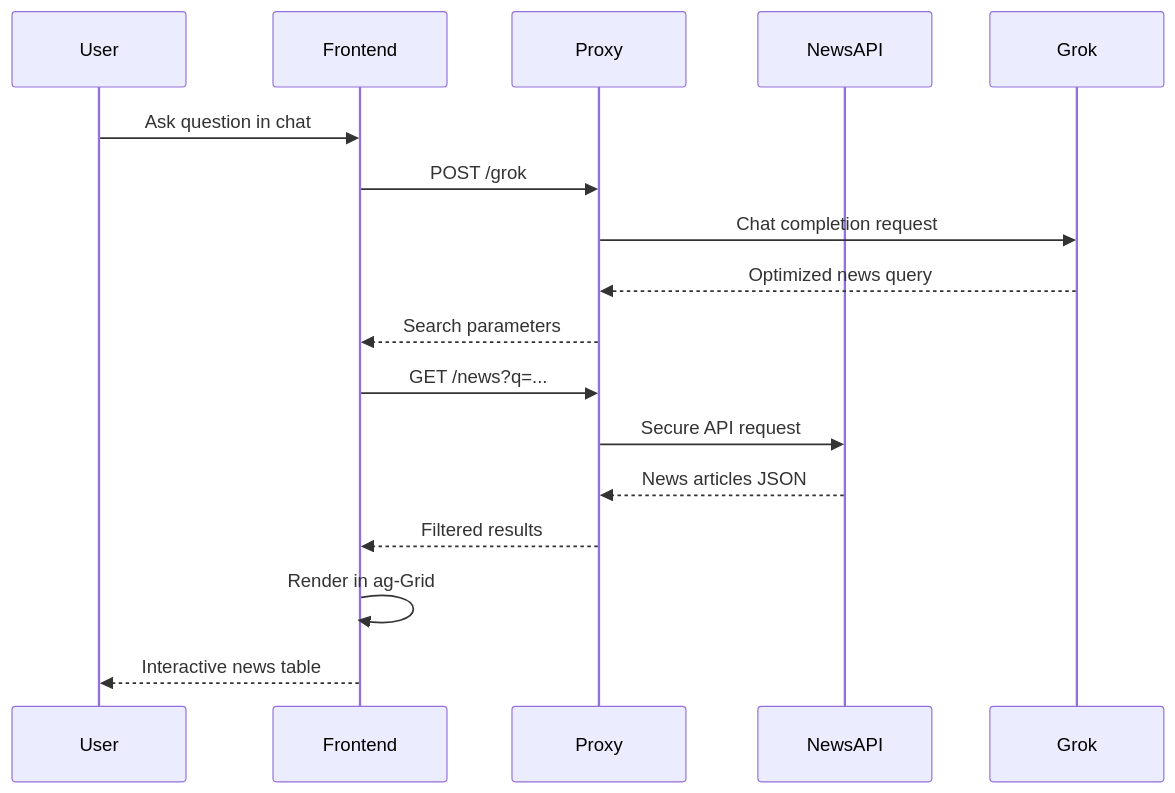
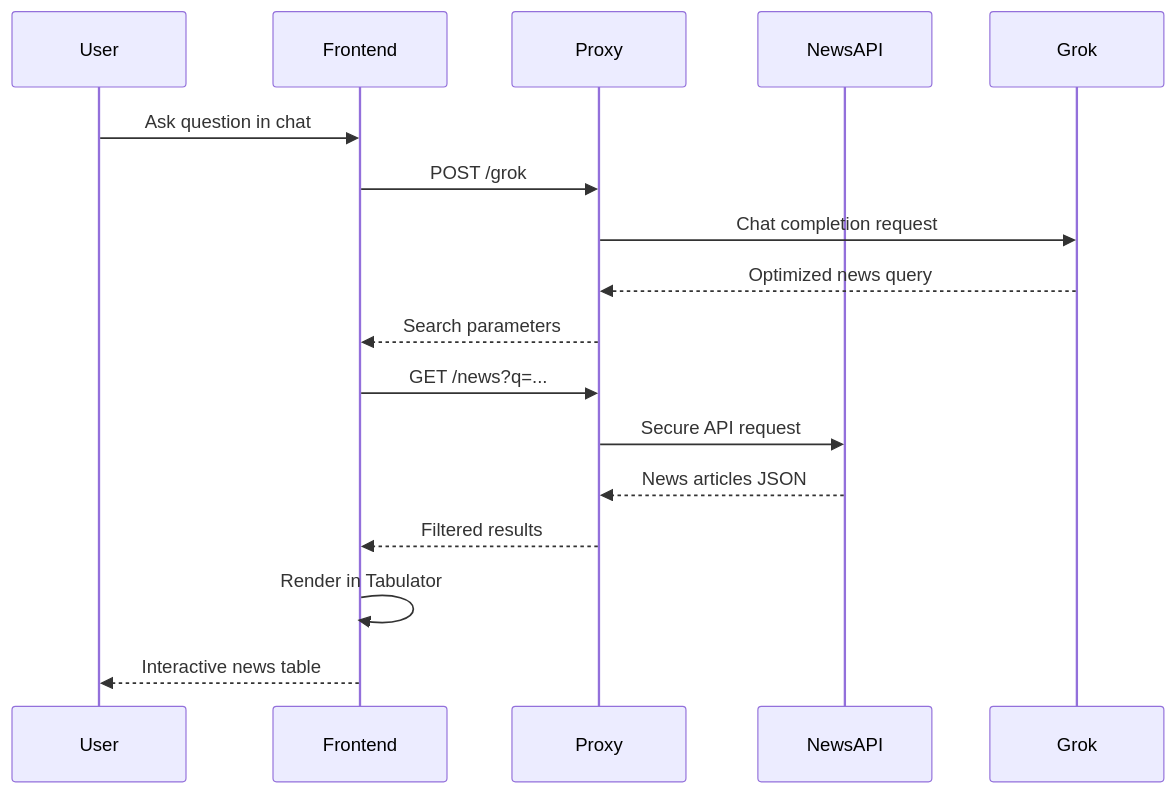
The third of 3 diagrams in README.md (evcatalyst/news-aggregator), drawn with Mermaid before and after one commit. The commit also changed other lines of this file and 19 other files, not shown here.

````diff
--- a/README.md
+++ b/README.md
@@ -272,22 +269,22 @@
 ```mermaid
 sequenceDiagram
     participant User
     participant Frontend
     participant Proxy
     participant NewsAPI
     participant Grok
 
     User->>Frontend: Ask question in chat
     Frontend->>Proxy: POST /grok
     Proxy->>Grok: Chat completion request
     Grok-->>Proxy: Optimized news query
     Proxy-->>Frontend: Search parameters
     
     Frontend->>Proxy: GET /news?q=...
     Proxy->>NewsAPI: Secure API request
     NewsAPI-->>Proxy: News articles JSON
     Proxy-->>Frontend: Filtered results
     
-    Frontend->>Frontend: Render in ag-Grid
+    Frontend->>Frontend: Render in Tabulator
     Frontend-->>User: Interactive news table
 ```
````
